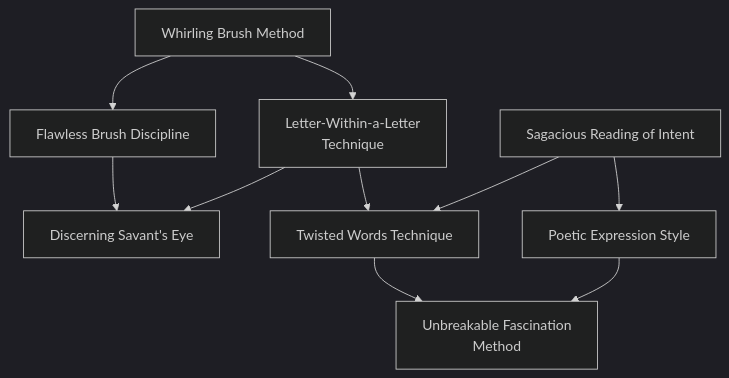
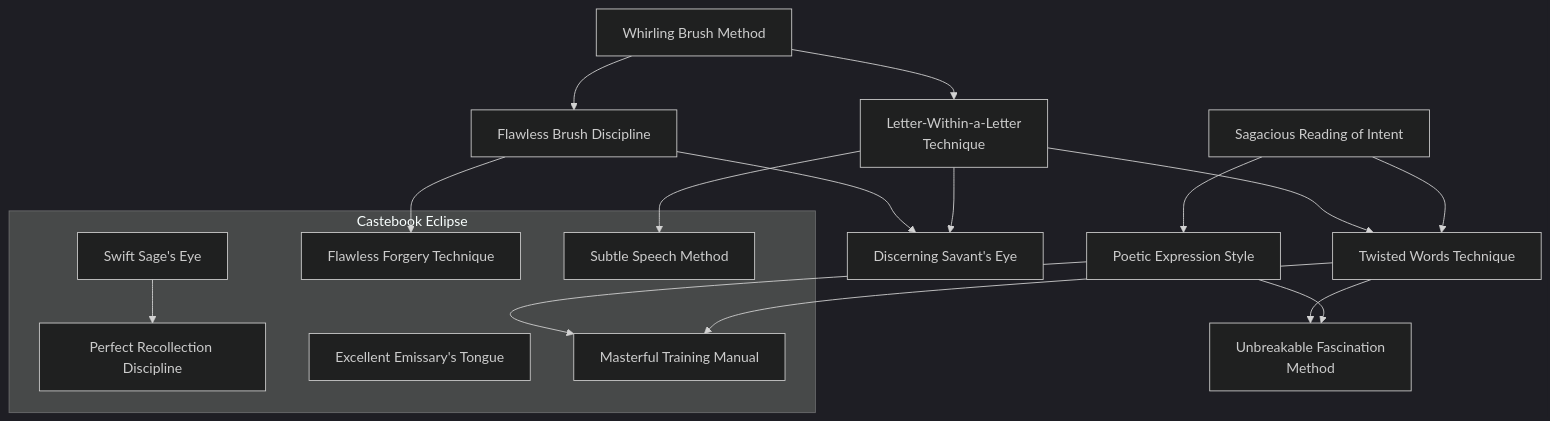
The diagram in docs/mermaid/solar/eclipse_linguistics.mmd (jrobichaud/exalted-charms-1e), drawn with Mermaid before and after one commit. The commit also changed other lines of this file and 8 other files, not shown here.

Commit message:
Castebook eclipse charms

```diff
--- a/docs/mermaid/solar/eclipse_linguistics.mmd
+++ b/docs/mermaid/solar/eclipse_linguistics.mmd
@@ -215,3 +215,188 @@
         was fully aflame, but they would not stand there listening as the
         flaming timbers started crashing down around them.
         "
+
+    subgraph Castebook Eclipse
+        swift_sages_eye[Swift Sage's Eye]
+        click swift_sages_eye callback "
+            Swift Sage's Eye<br>
+            <br>
+            Cost: 3 motes<br>
+            Duration: One scene<br>
+            Type: Simple<br>
+            Minimum Linguistics: 1<br>
+            Minimum Essence: 1<br>
+            Prerequisite Charms: None<br>
+            <br>
+            A character using this technique can read and
+            comprehend written works at superhuman speed. The
+            character can read approximately two pages of written
+            text (or its equivalent) per second, so she can read a
+            book as quickly as she can turn the individual pages or
+            a scroll as quickly as she can unroll it. The character
+            must be able to read the language in the first place in
+            order to use this Charm, and comprehension is the
+            same as if the character read the text at normal speed.
+            "
+        perfect_recollection_discipline[Perfect Recollection Discipline]
+        click perfect_recollection_discipline callback "
+            Perfect Recollection Discipline<br>
+            <br>
+            Cost: 1 mote per work<br>
+            Duration: Special<br>
+            Type: Simple<br>
+            Minimum Linguistics: 3<br>
+            Minimum Essence: 2<br>
+            Prerequisite Charms: Swift Sage's Eye<br>
+            <br>
+            A character using this Charm can completely
+            memorize a written work or illustration in the time it
+            takes to read or study it. The character can also
+            memorize spoken words. A work can generally be no
+            longer than a medium-sized book, a few hours of
+            conversation or a single fairly complex illustration,
+            such as a map. Longer works require correspondingly
+            greater amounts of Essence.<br>
+            The character's memory of the work is flawless:
+            He can recite it from beginning to end, copy it down
+            entirely from memory and even use his recollection in
+            conjunction with Charms such as Whirling Brush
+            Method and Flawless Brush Discipline to produce
+            copies of the work. He can navigate from a memorized
+            map as if he had it in front of him at all times.
+            Although the Chosen can use this Charm to memorize
+            a lexicon of a foreign language (thereby memorizing
+            its vocabulary and grammar), his use of that language
+            is somewhat halting and crude, since he still needs to
+            &quot;look up&quot; and translate meanings in his head.<br>
+            The work remains memorized for as long as the
+            Chosen commits Essence to it. When the Essence is
+            no longer committed, the character's memory of the
+            work fades to what it would normally be if the character
+            had simply read, viewed or listened to the work
+            "
+        excellent_emissarys_tongue[Excellent Emissary's Tongue]
+        click excellent_emissarys_tongue callback "
+            Excellent Emissary's Tongue<br>
+            <br>
+            Cost: 3 motes per language<br>
+            Duration: Special<br>
+            Type: Simple<br>
+            Minimum Linguistics: 3<br>
+            Minimum Essence: 1<br>
+            Prerequisite Charms: None<br>
+            <br>
+            With this Charm, the Solar Exalted may acquire
+            the ability to speak and understand a language merely
+            by hearing it spoken. The Charm requires at least an
+            hour of exposure to the language. So long as the
+            Essence is committed, the Chosen is completely fluent
+            in that language, without a trace of accent, but
+            cannot read or write in it A character can master a
+            total number of languages equal to her dots in Linguistics
+            by using this Charm. Once the Essence is no
+            longer committed, the knowledge of the language
+            fades immediately.
+            "
+
+        flawless_forgery_technique[Flawless Forgery Technique]
+        click flawless_forgery_technique callback "
+            Flawless Forgery Technique<br>
+            <br>
+            Cost: 6 motes<br>
+            Duration: One scene<br>
+            Type: Simple<br>
+            Minimum Linguistics: 4<br>
+            Minimum Essence: 2<br>
+            Prerequisite Charms: Flawless Brush Discipline<br>
+            <br>
+            With a masterful eye and hand for copying, the
+            character can produce a flawless forgery of any written
+            work or illustration, provided he has a sample to work
+            from — at least one written sentence or a single
+            illustration. The forgery need not be a duplicate of the
+            sample, but it perfectly replicates the original's style,
+            such that anyone familiar with that style would instantly
+            recognize it. The character works at his normal
+            writing or drawing speed but produces work in the
+            chosen style. A character using Sagacious Reading of
+            Intent who is familiar with the original style can
+            determine that the forgery is not genuine, but otherwise,
+            it is completely flawless and undetectable.
+            "
+
+        subtle_speech_method[Subtle Speech Method]
+        click subtle_speech_method callback "
+            Subtle Speech Method<br>
+            <br>
+            Cost: 3 motes<br>
+            Duration: One scene<br>
+            Type: Simple<br>
+            Minimum Linguistics: 4<br>
+            Minimum Essence: 2<br>
+            Prerequisite Charms: Letter-Within-A-Letter<br>
+            <br>
+            Technique, Poetic Expression Style
+            The character can speak in a roundabout fashion,
+            stressing particular words, inflections and allusions to
+            convey ideas and concepts that may have nothing to
+            do with what the character is saying. Only the intended
+            recipients (who must be familiar to the Exalted
+            using this Charm and must speak the same language)
+            understand the true meaning behind the character's
+            words. Everyone else hears only what the character
+            says on the surface. Thus, an Exalted using this Charm
+            could explain the details of an assassination plot to
+            someone while appearing to discuss the weather, for
+            example. Someone using Judge's Ear Technique can
+            tell that there is something behind what the character
+            is saying but not necessarily what it is.
+            "
+        masterful_training_manual[Masterful Training Manual]
+        click masterful_training_manual callback "
+            Masterful Training Manual<br>
+            <br>
+            Cost: 10 motes, 1 Willpower<br>
+            Duration: Special<br>
+            Type: Simple<br>
+            Minimum Linguistics: 5<br>
+            Minimum Lore: 3<br>
+            Minimum Essence: 3<br>
+            Prerequisite Charms: Poetic Expression Style, Twisted Words Technique<br>
+            <br>
+            The ability to effectively convey information is
+            an important part of teaching. This Charm aids the
+            Exalted in passing on their wisdom. A character writes
+            a treatise or manual with any Attribute or any Ability,
+            Charm or spell known to the Exalt as its subject.
+            Creating the text requires time equal to that needed to
+            train for the author's rating in the chosen Trait (Exalted,
+            p. 271). For example, a character with Socialize
+            5 writing a manual on proper etiquette and social
+            behavior would take four weeks. If a Charisma 5
+            character wrote a manual on making friends and
+            influencing people, it would take four months. Charms
+            such as Whirling Brush Method cannot reduce this
+            time, since writing the manual requires careful and
+            deliberate thought.<br>
+            Once the text is prepared, others reading it may
+            spend experience to acquire that Trait, using only
+            the text as their tutor. The reader must be capable of
+            learning the Trait described by the text and can only
+            acquire or improve the Trait to the rating of the
+            text's author. So, a manual that describes Martial
+            Arts 3 is useless for a character with a Martial Arts
+            rating of 3 or better, since he has already exceeded
+            the manual's knowledge.<br>
+            Unfortunately, the vast majority of the various
+            manuals and treatises penned by the Solar Exalted of
+            the First Age were lost or destroyed, although some
+            are said to be preserved in ancient Manses or perhaps
+            in the libraries of certain Dynasts or Sidereals.
+            "
+    end
+    swift_sages_eye --> perfect_recollection_discipline
+    flawless_brush_discipline --> flawless_forgery_technique
+    letter_within_a_letter_technique --> subtle_speech_method
+    poetic_expression_style --> masterful_training_manual
+    twisted_words_technique --> masterful_training_manual
```
